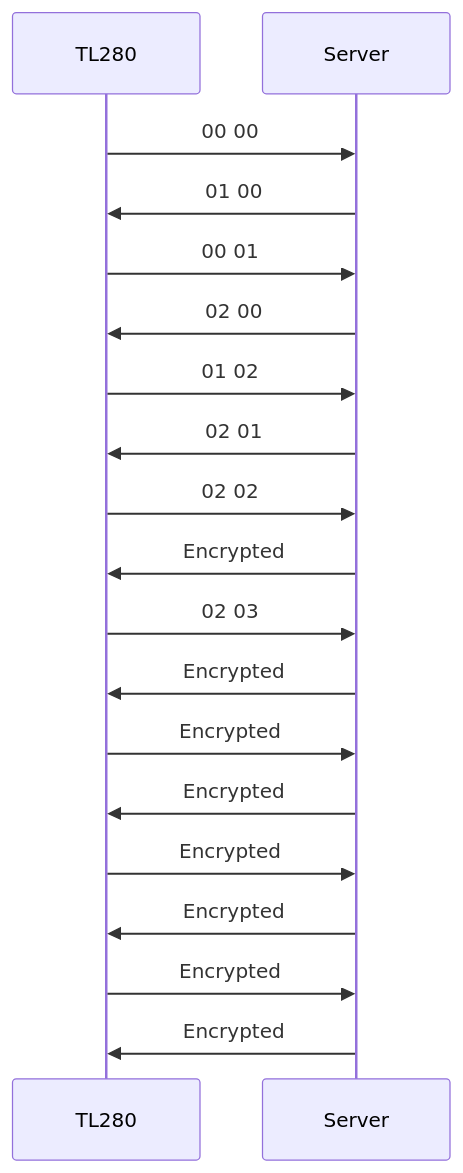
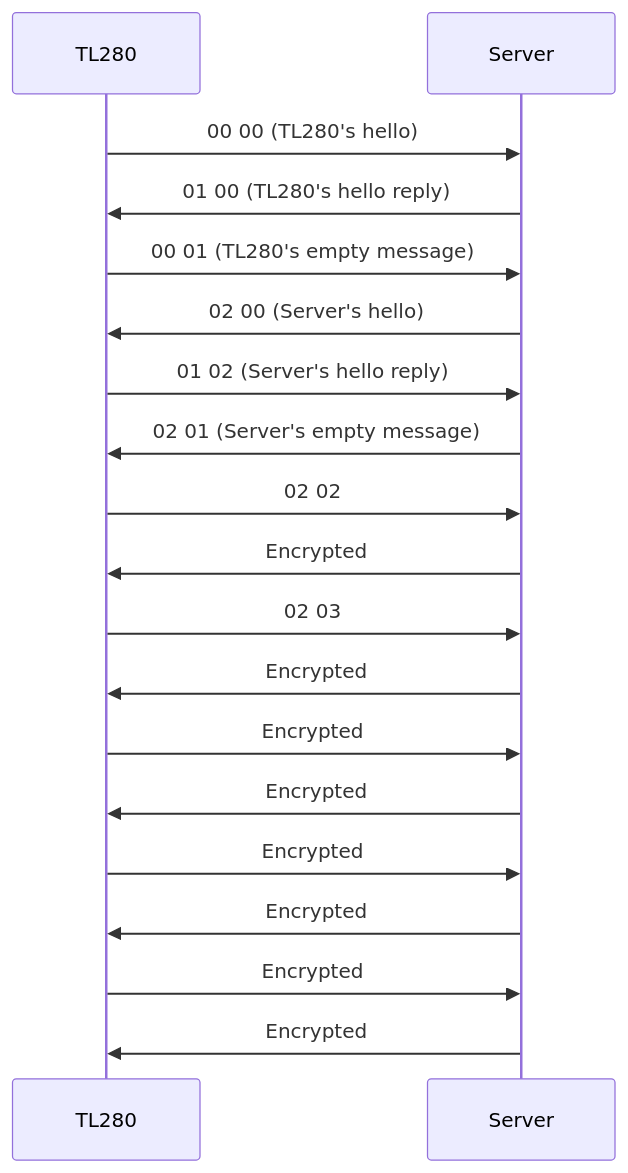
Before and after one commit to rmilecki/dsc-itv2-protocol: the diagram in NOTIFICATION.md, drawn with Mermaid. The commit also changed other lines of this file, not shown here.

````diff
--- a/NOTIFICATION.md
+++ b/NOTIFICATION.md
@@ -93,21 +123,21 @@
 ```mermaid
 sequenceDiagram
     participant TL280
     participant Server
-    TL280->>Server: 00 00
-    Server->>TL280: 01 00
-    TL280->>Server: 00 01
-    Server->>TL280: 02 00
-    TL280->>Server: 01 02
-    Server->>TL280: 02 01
+    TL280->>Server: 00 00 (TL280's hello)
+    Server->>TL280: 01 00 (TL280's hello reply)
+    TL280->>Server: 00 01 (TL280's empty message)
+    Server->>TL280: 02 00 (Server's hello)
+    TL280->>Server: 01 02 (Server's hello reply)
+    Server->>TL280: 02 01 (Server's empty message)
     TL280->>Server: 02 02
     Server->>TL280: Encrypted
     TL280->>Server: 02 03
     Server->>TL280: Encrypted
     TL280->>Server: Encrypted
     Server->>TL280: Encrypted
     TL280->>Server: Encrypted
     Server->>TL280: Encrypted
     TL280->>Server: Encrypted
     Server->>TL280: Encrypted
 ```
````
